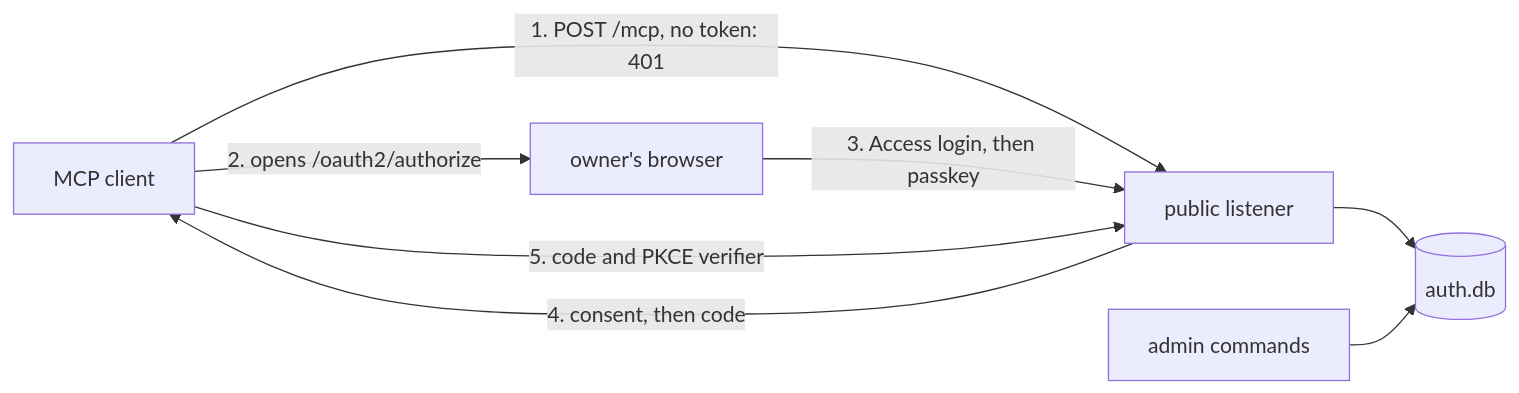
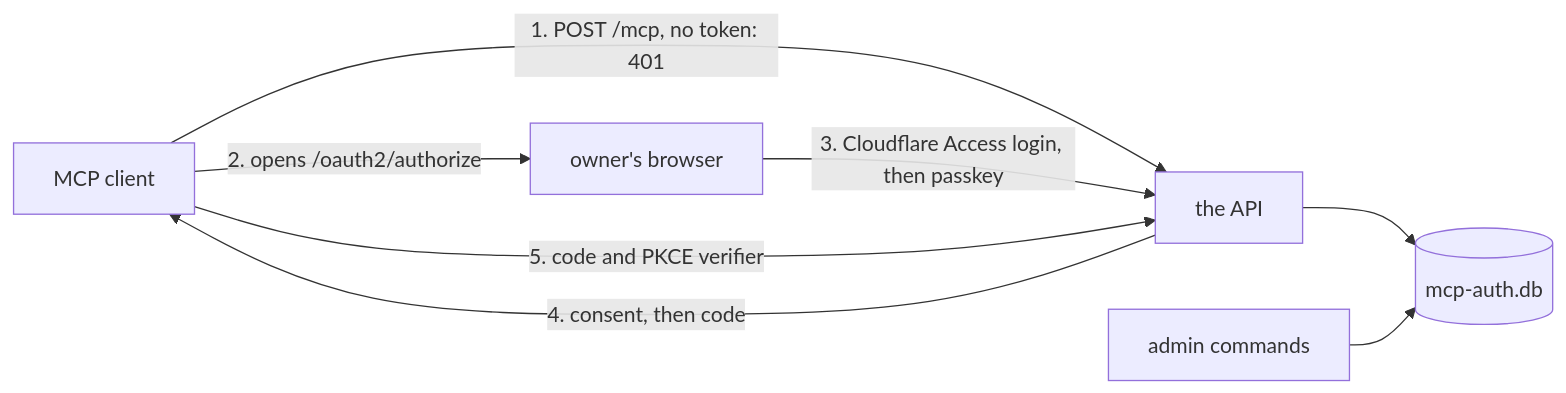
One commit to zgeoff/pepys changed the diagram in docs/design/api-auth/oauth.md. Above: the diagram before and after it, drawn with Mermaid. The commit also changed other lines of this file and 5 other files, not shown here.

Commit message:
docs: redraft the api auth docs after a cold read

````diff
--- a/docs/design/api-auth/oauth.md
+++ b/docs/design/api-auth/oauth.md
@@ -25,10 +29,10 @@
 ```mermaid
 flowchart LR
-  client["MCP client"] -->|"1. POST /mcp, no token: 401"| api["public listener"]
+  client["MCP client"] -->|"1. POST /mcp, no token: 401"| api["the API"]
   client -->|"2. opens /oauth2/authorize"| browser["owner's browser"]
-  browser -->|"3. Access login, then passkey"| api
+  browser -->|"3. Cloudflare Access login, then passkey"| api
   api -->|"4. consent, then code"| client
   client -->|"5. code and PKCE verifier"| api
-  api --> authdb[("auth.db")]
+  api --> authdb[("mcp-auth.db")]
   admin["admin commands"] --> authdb
 ```
````
